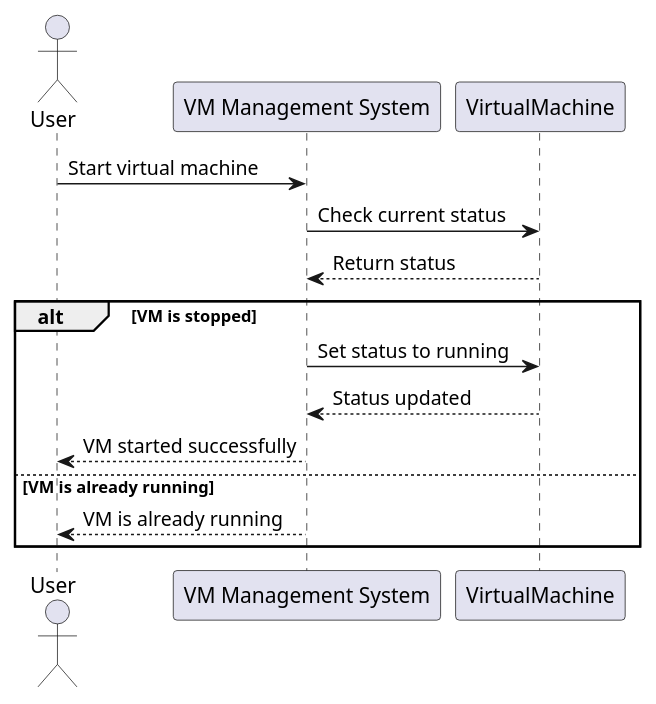
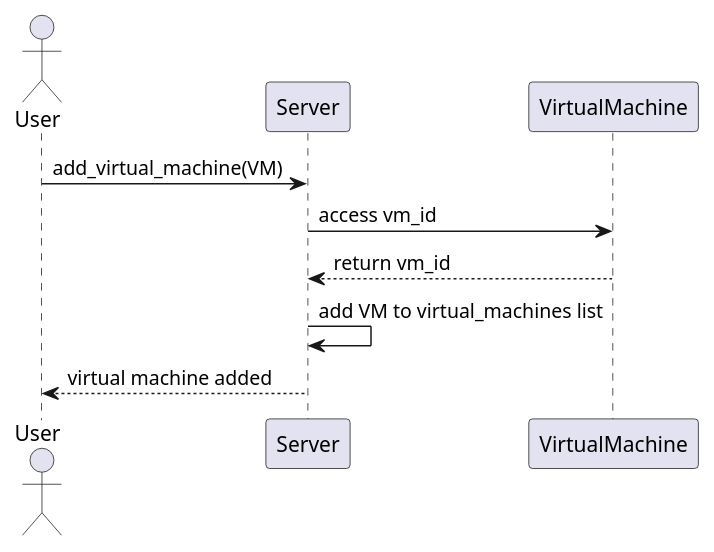
One commit to JonathanBeals/OOP-Final-Project changed the diagram in uml/process-view.plantuml. Above: the diagram before and after it, drawn with PlantUML. The commit also changed 9 other files, not shown here.

Commit message:
Add 4+1 UML diagrams

```diff
--- a/uml/process-view.plantuml
+++ b/uml/process-view.plantuml
@@ -1,19 +1,13 @@
 @startuml process_view
 
 actor User
-participant "VM Management System" as System
+participant Server
 participant VirtualMachine as VM
 
-User -> System : Start virtual machine
-System -> VM : Check current status
-VM --> System : Return status
-
-alt VM is stopped
-    System -> VM : Set status to running
-    VM --> System : Status updated
-    System --> User : VM started successfully
-else VM is already running
-    System --> User : VM is already running
-end
+User -> Server : add_virtual_machine(VM)
+Server -> VM : access vm_id
+VM --> Server : return vm_id
+Server -> Server : add VM to virtual_machines list
+Server --> User : virtual machine added
 
 @enduml
```
